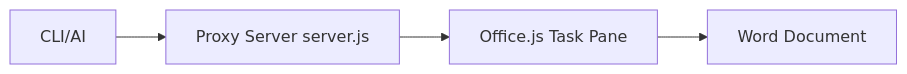
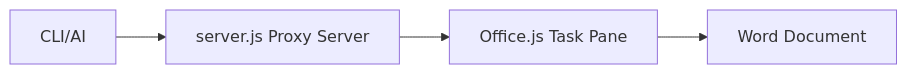
One commit to WangChengYeh/mcp_word changed the diagram in README.md. Above: the diagram before and after it, drawn with Mermaid. The commit also changed other lines of this file, not shown here.

````diff
--- a/README.md
+++ b/README.md
@@ -11,6 +11,6 @@
 ```mermaid
 flowchart LR
-  CLI/AI --> Proxy[Proxy Server server.js]
+  CLI/AI --> Proxy[server.js Proxy Server]
   Proxy --> Browser[Office.js Task Pane]
   Browser --> Word[Word Document]
 ```
````
